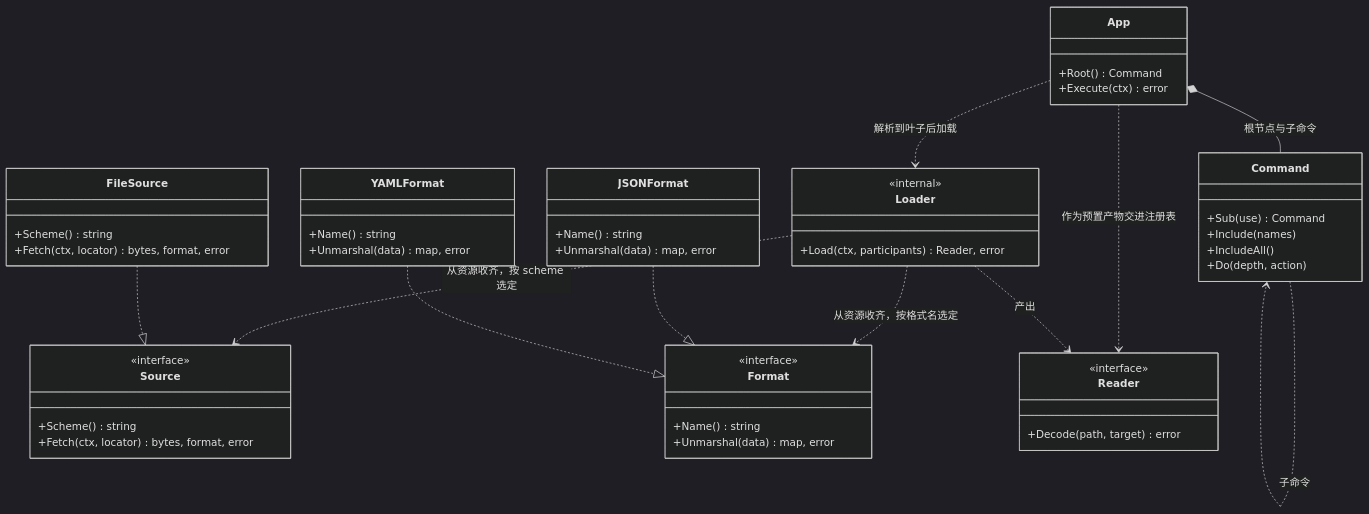
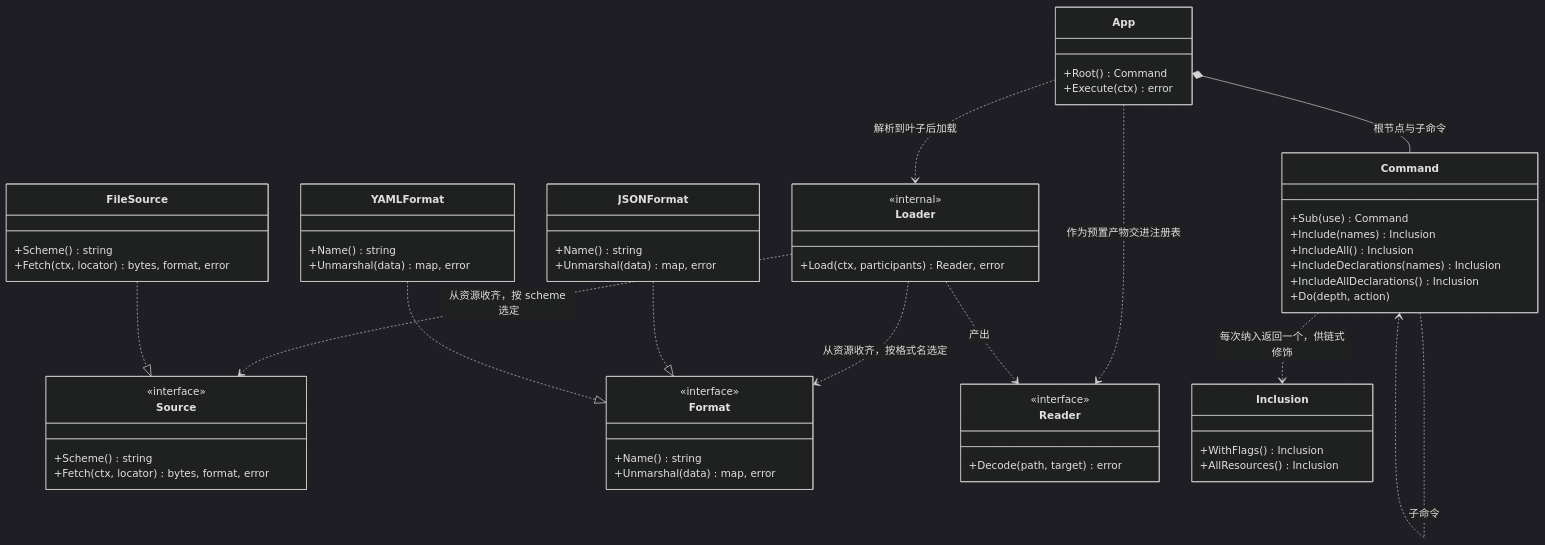
Before and after one commit to wangzw/speed: the first of 2 diagrams in docs/design/modules/design-config.md, drawn with Mermaid (dark theme). The commit also changed other lines of this file and 17 other files, not shown here.

````diff
--- a/docs/design/modules/design-config.md
+++ b/docs/design/modules/design-config.md
@@ -251,54 +276,61 @@
 ```mermaid
 classDiagram
     class Source {
         <<interface>>
         +Scheme() string
         +Fetch(ctx, locator) bytes, format, error
     }
     class Format {
         <<interface>>
         +Name() string
         +Unmarshal(data) map, error
     }
     class Reader {
         <<interface>>
         +Decode(path, target) error
     }
     class App {
         +Root() Command
         +Execute(ctx) error
     }
     class Command {
         +Sub(use) Command
-        +Include(names)
-        +IncludeAll()
+        +Include(names) Inclusion
+        +IncludeAll() Inclusion
+        +IncludeDeclarations(names) Inclusion
+        +IncludeAllDeclarations() Inclusion
         +Do(depth, action)
+    }
+    class Inclusion {
+        +WithFlags() Inclusion
+        +AllResources() Inclusion
     }
     class Loader {
         <<internal>>
         +Load(ctx, participants) Reader, error
     }
     class FileSource {
         +Scheme() string
         +Fetch(ctx, locator) bytes, format, error
     }
     class JSONFormat {
         +Name() string
         +Unmarshal(data) map, error
     }
     class YAMLFormat {
         +Name() string
         +Unmarshal(data) map, error
     }
 
     App *-- Command : 根节点与子命令
+    Command ..> Inclusion : 每次纳入返回一个，供链式修饰
     App ..> Loader : 解析到叶子后加载
     App ..> Reader : 作为预置产物交进注册表
     Command ..> Command : 子命令
     Loader ..> Source : 从资源收齐，按 scheme 选定
     Loader ..> Format : 从资源收齐，按格式名选定
     Loader ..> Reader : 产出
     FileSource ..|> Source
     JSONFormat ..|> Format
     YAMLFormat ..|> Format
 ```
````
